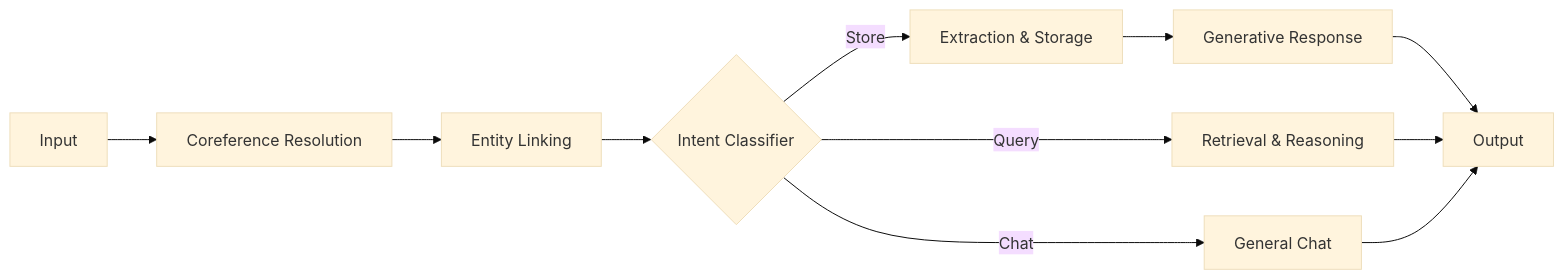
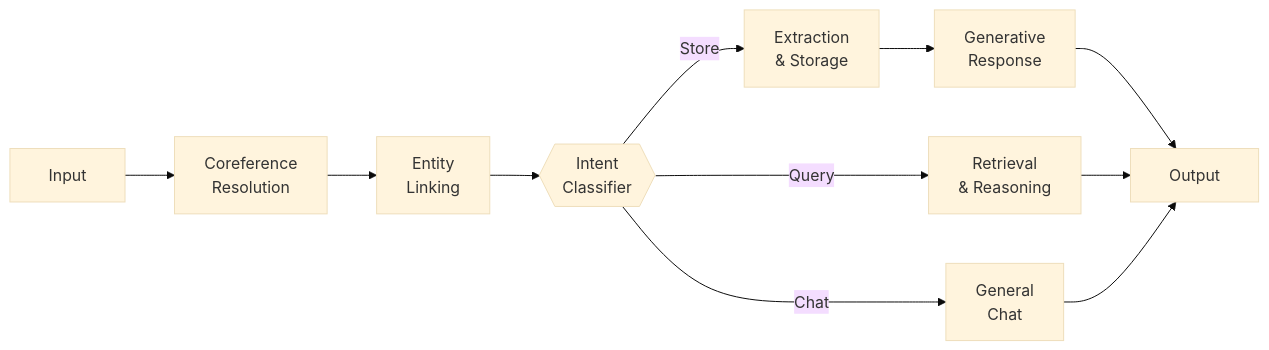
The diagram in README.md (killua310/ai-agent), drawn with Mermaid (base theme) before and after one commit.

Commit message:
semi-final-v4

````diff
--- a/README.md
+++ b/README.md
@@ -30,13 +30,13 @@
 ```mermaid
 graph LR
-    A["Input"] --> B["Coreference Resolution"]
-    B --> C["Entity Linking"]
-    C --> D{"Intent Classifier"}
-    D -- Store --> E["Extraction & Storage"]
-    E --> F["Generative Response"]
-    D -- Query --> G["Retrieval & Reasoning"]
-    D -- Chat --> H["General Chat"]
-    F --> I["Output"]
+    A["&nbsp;&nbsp;Input&nbsp;&nbsp;"] --> B["Coreference<br>Resolution"]
+    B --> C["Entity<br>Linking"]
+    C --> D{{"Intent<br>Classifier"}}
+    D -- Store --> E["Extraction<br>& Storage"]
+    E --> F["Generative<br>Response"]
+    D -- Query --> G["Retrieval<br>& Reasoning"]
+    D -- Chat --> H["General<br>Chat"]
+    F --> I["&nbsp;&nbsp;Output&nbsp;&nbsp;"]
     G --> I
     H --> I
 ```
````
